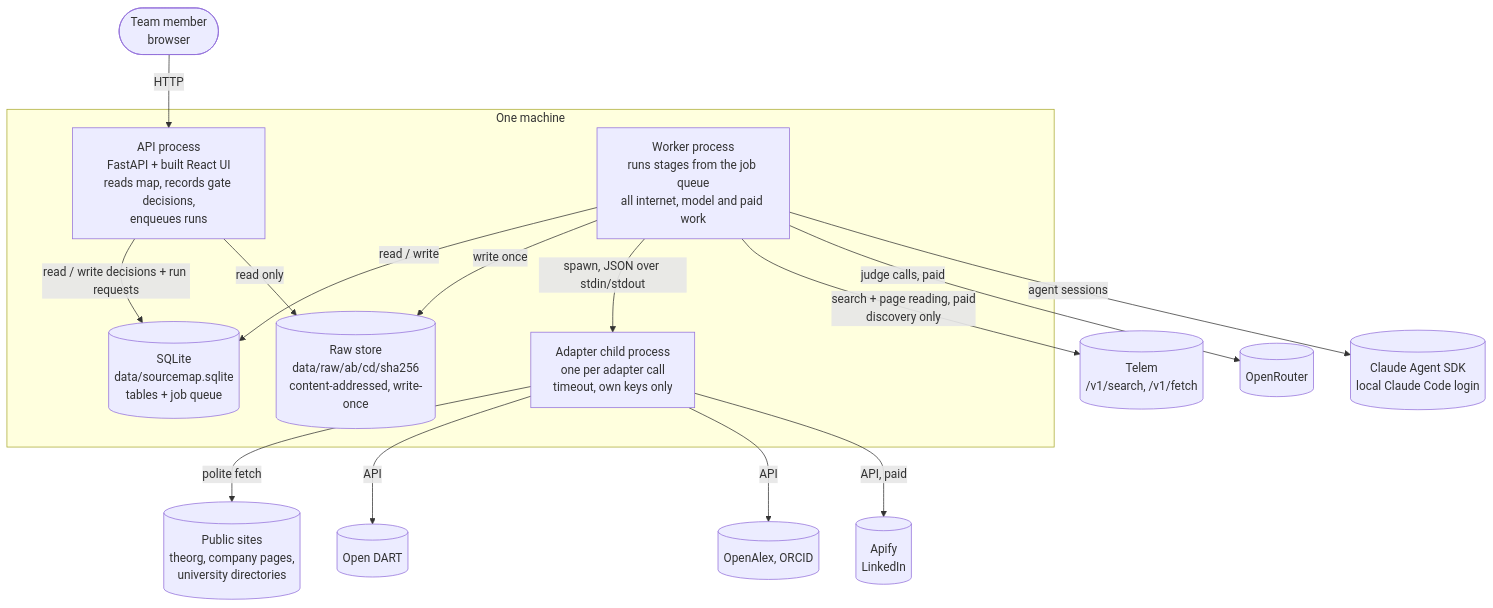
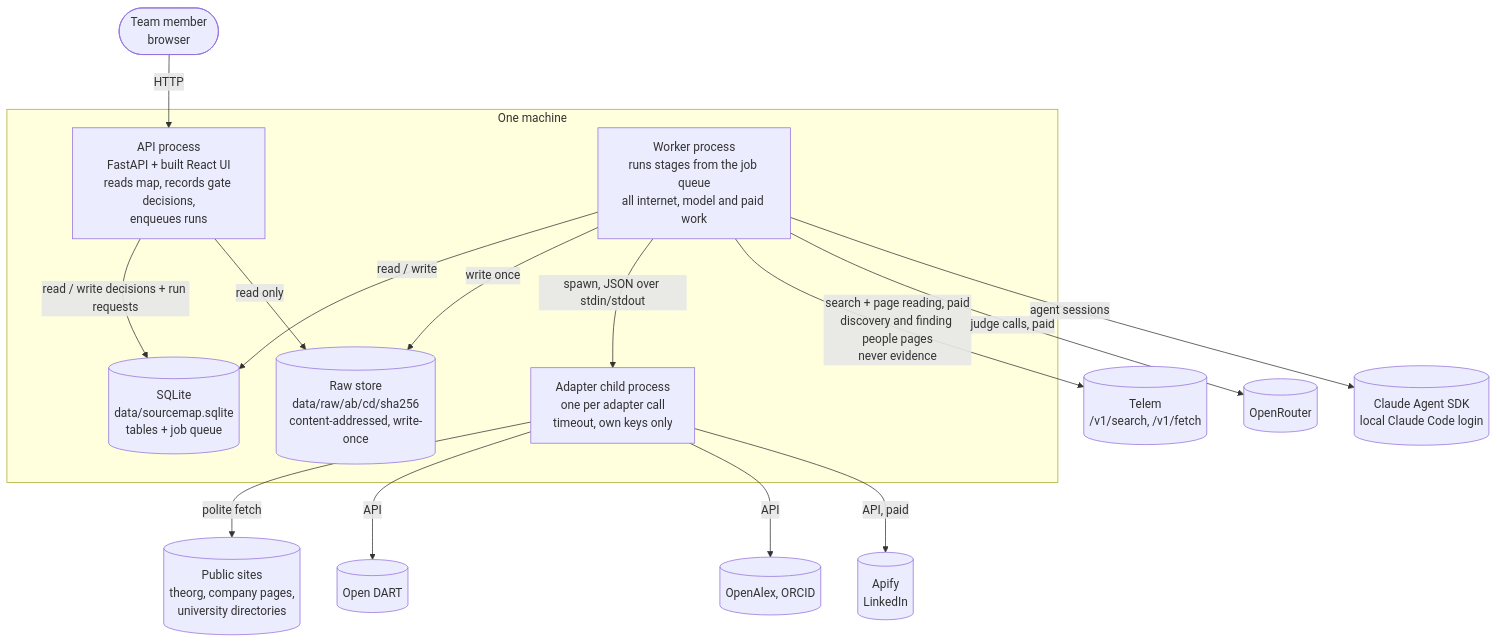
One commit to yzz0806/sourcemap changed the diagram in docs/containers.md. Above: the diagram before and after it, drawn with Mermaid. The commit also changed other lines of this file and 20 other files, not shown here.

````diff
--- a/docs/containers.md
+++ b/docs/containers.md
@@ -7,25 +7,25 @@
 ```mermaid
 flowchart TB
   user([Team member<br/>browser]) -->|HTTP| api
 
   subgraph local[One machine]
     api[API process<br/>FastAPI + built React UI<br/>reads map, records gate decisions,<br/>enqueues runs]
     worker[Worker process<br/>runs stages from the job queue<br/>all internet, model and paid work]
     child[Adapter child process<br/>one per adapter call<br/>timeout, own keys only]
     db[(SQLite<br/>data/sourcemap.sqlite<br/>tables + job queue)]
     raw[(Raw store<br/>data/raw/ab/cd/sha256<br/>content-addressed, write-once)]
     api -->|read / write decisions + run requests| db
     api -->|read only| raw
     worker -->|read / write| db
     worker -->|write once| raw
     worker -->|spawn, JSON over stdin/stdout| child
   end
 
   child -->|polite fetch| sites[(Public sites<br/>theorg, company pages,<br/>university directories)]
   child -->|API| dart[(Open DART)]
   child -->|API| oa[(OpenAlex, ORCID)]
   child -->|API, paid| apify[(Apify<br/>LinkedIn)]
-  worker -->|search + page reading, paid<br/>discovery only| telem[(Telem<br/>/v1/search, /v1/fetch)]
+  worker -->|search + page reading, paid<br/>discovery and finding people pages<br/>never evidence| telem[(Telem<br/>/v1/search, /v1/fetch)]
   worker -->|judge calls, paid| openrouter[(OpenRouter)]
   worker -->|agent sessions| claude[(Claude Agent SDK<br/>local Claude Code login)]
 ```
````
